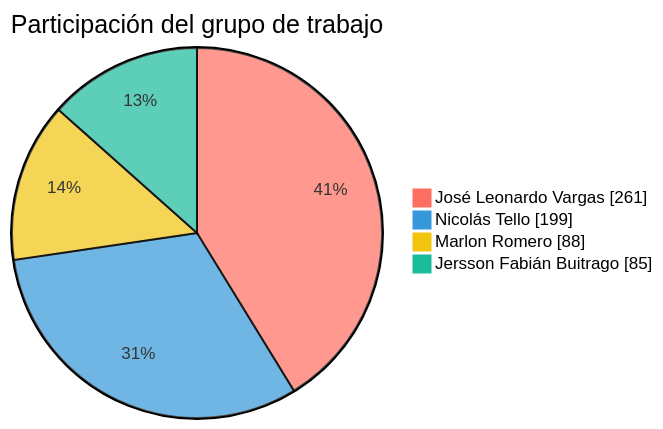
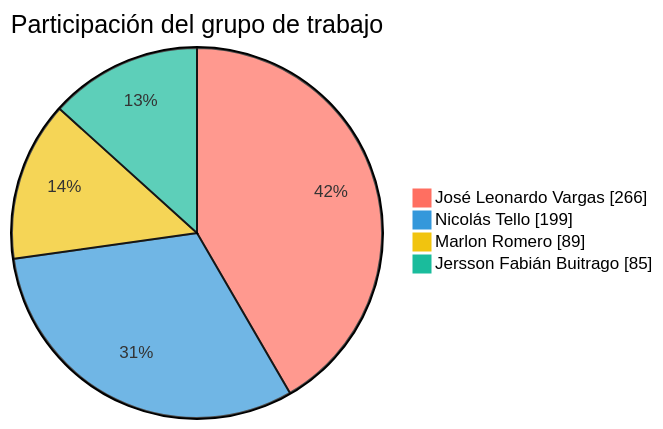
One commit to FarmaExpres/FarmaExpres changed the first of 2 diagrams in README.md. Above: the diagram before and after it, drawn with Mermaid. The commit also changed other lines of this file and 1 other file, not shown here.

````diff
--- a/README.md
+++ b/README.md
@@ -389,9 +389,9 @@
 ```mermaid
 %%{init: {"themeVariables": {"pie1": "#ff6f61", "pie2": "#3498db", "pie3": "#f1c40f", "pie4": "#1abc9c", "pieLabelColor": "#000000", "pieLabelFontSize": "24px", "pieLabelFontWeight": "700"}}}%%
 pie showData
     title Participación del grupo de trabajo
-    "José Leonardo Vargas" : 261
+    "José Leonardo Vargas" : 266
     "Nicolás Tello" : 199
-    "Marlon Romero" : 88
+    "Marlon Romero" : 89
     "Jersson Fabián Buitrago" : 85
 ```
````
